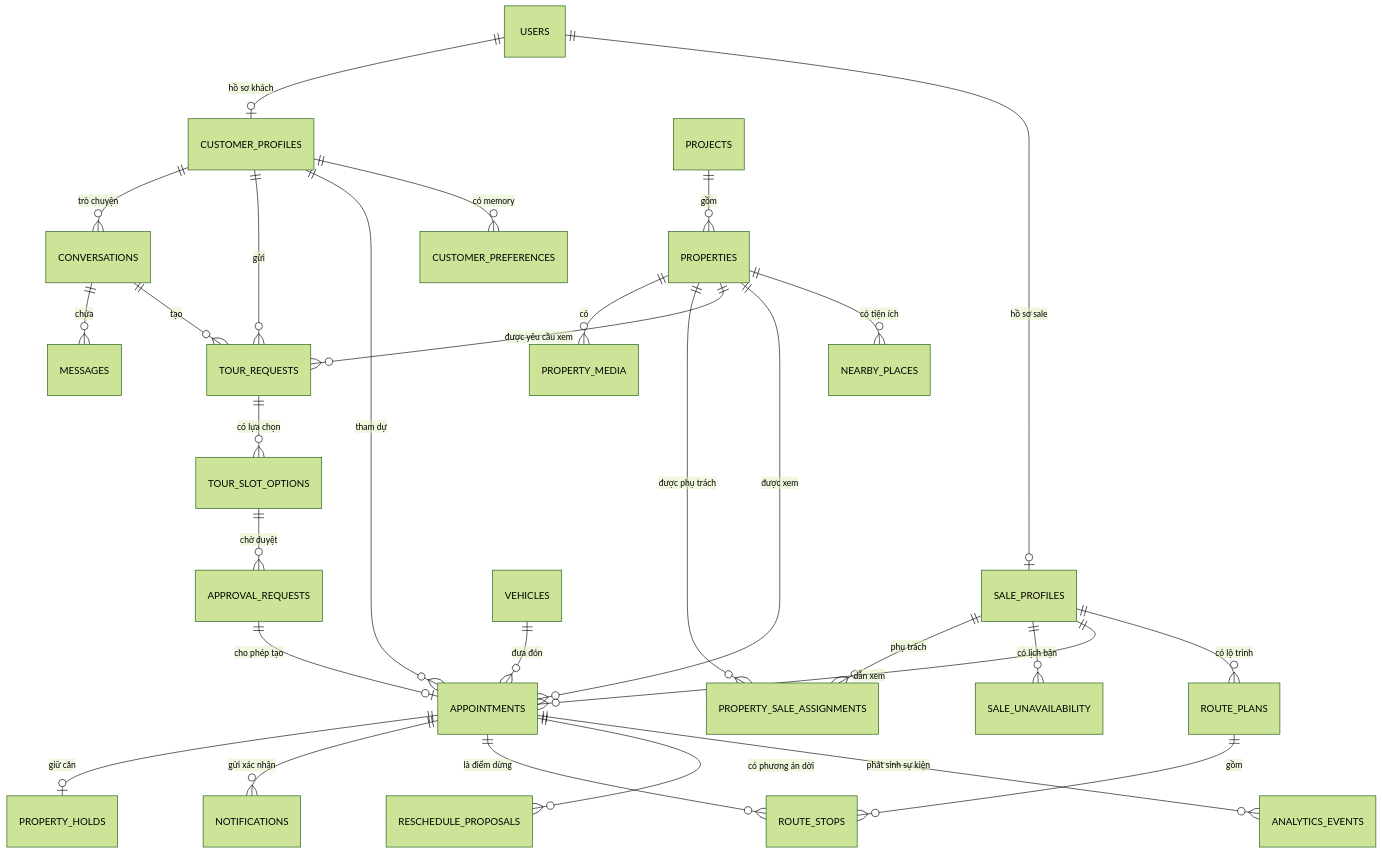
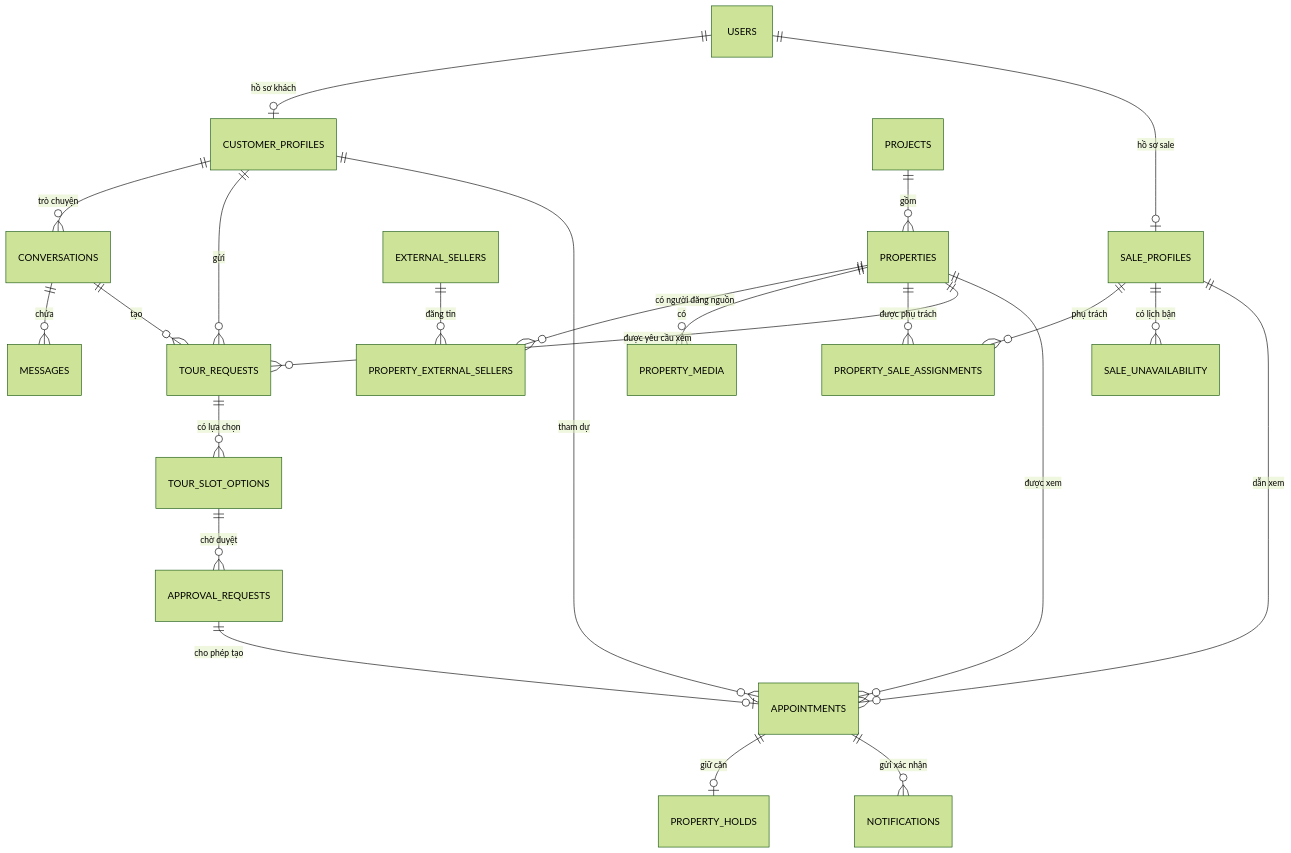
The first of 2 diagrams in docs/database-design.md (phamkien1917/bookingbot-p046), drawn with Mermaid (forest theme) before and after one commit. The commit also changed other lines of this file and 77 other files, not shown here.

````diff
--- a/docs/database-design.md
+++ b/docs/database-design.md
@@ -15,35 +12,28 @@
 ```mermaid
 erDiagram
     USERS ||--o| CUSTOMER_PROFILES : "hồ sơ khách"
     USERS ||--o| SALE_PROFILES : "hồ sơ sale"
 
     PROJECTS ||--o{ PROPERTIES : "gồm"
+    EXTERNAL_SELLERS ||--o{ PROPERTY_EXTERNAL_SELLERS : "đăng tin"
+    PROPERTIES ||--o{ PROPERTY_EXTERNAL_SELLERS : "có người đăng nguồn"
     PROPERTIES ||--o{ PROPERTY_MEDIA : "có"
     PROPERTIES ||--o{ PROPERTY_SALE_ASSIGNMENTS : "được phụ trách"
     SALE_PROFILES ||--o{ PROPERTY_SALE_ASSIGNMENTS : "phụ trách"
     SALE_PROFILES ||--o{ SALE_UNAVAILABILITY : "có lịch bận"
 
     CUSTOMER_PROFILES ||--o{ CONVERSATIONS : "trò chuyện"
     CONVERSATIONS ||--o{ MESSAGES : "chứa"
     CONVERSATIONS ||--o{ TOUR_REQUESTS : "tạo"
     CUSTOMER_PROFILES ||--o{ TOUR_REQUESTS : "gửi"
     PROPERTIES ||--o{ TOUR_REQUESTS : "được yêu cầu xem"
     TOUR_REQUESTS ||--o{ TOUR_SLOT_OPTIONS : "có lựa chọn"
     TOUR_SLOT_OPTIONS ||--o{ APPROVAL_REQUESTS : "chờ duyệt"
     APPROVAL_REQUESTS ||--o| APPOINTMENTS : "cho phép tạo"
 
     CUSTOMER_PROFILES ||--o{ APPOINTMENTS : "tham dự"
     SALE_PROFILES ||--o{ APPOINTMENTS : "dẫn xem"
     PROPERTIES ||--o{ APPOINTMENTS : "được xem"
-    VEHICLES ||--o{ APPOINTMENTS : "đưa đón"
     APPOINTMENTS ||--o| PROPERTY_HOLDS : "giữ căn"
     APPOINTMENTS ||--o{ NOTIFICATIONS : "gửi xác nhận"
-
-    CUSTOMER_PROFILES ||--o{ CUSTOMER_PREFERENCES : "có memory"
-    SALE_PROFILES ||--o{ ROUTE_PLANS : "có lộ trình"
-    ROUTE_PLANS ||--o{ ROUTE_STOPS : "gồm"
-    APPOINTMENTS ||--o{ ROUTE_STOPS : "là điểm dừng"
-    APPOINTMENTS ||--o{ RESCHEDULE_PROPOSALS : "có phương án dời"
-    PROPERTIES ||--o{ NEARBY_PLACES : "có tiện ích"
-    APPOINTMENTS ||--o{ ANALYTICS_EVENTS : "phát sinh sự kiện"
 ```
````
